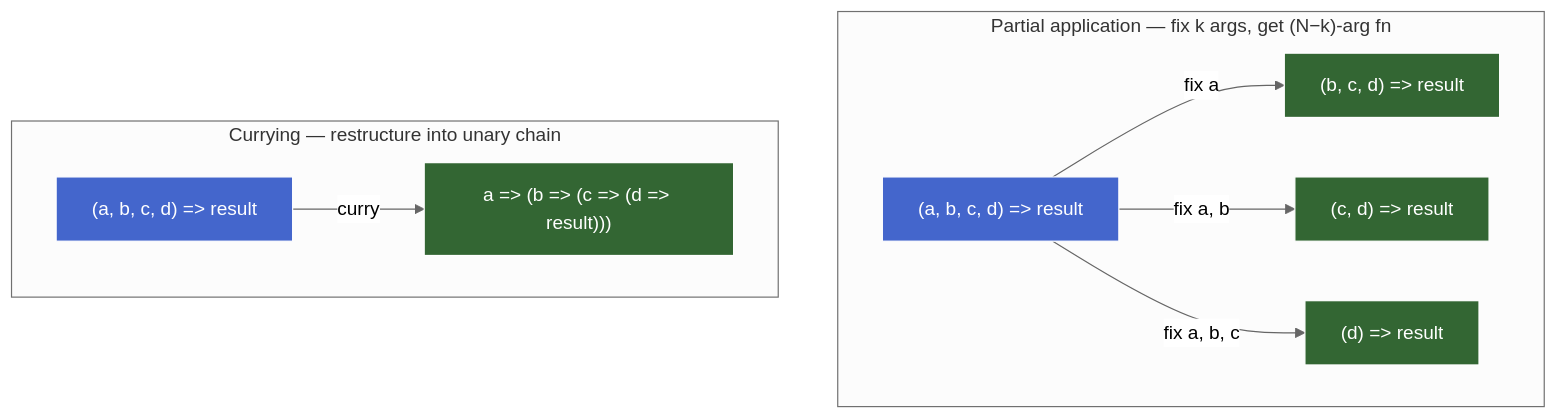
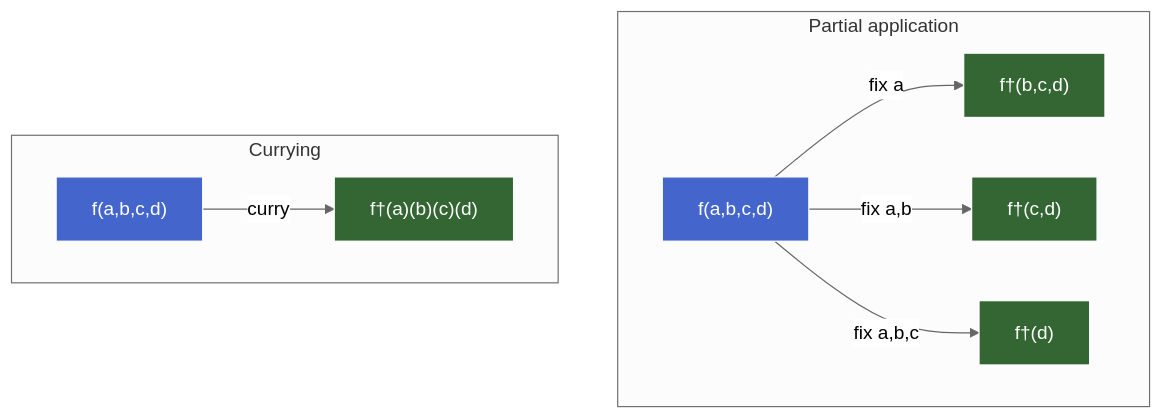
Before and after one commit to kltduong/study-notes: the second of 2 diagrams in courses/js-hof-functional/currying-partial-draft.md, drawn with Mermaid (neutral theme). The commit also changed other lines of this file and 3 other files, not shown here.

Commit message:
curry-partial

````diff
--- a/courses/js-hof-functional/currying-partial-draft.md
+++ b/courses/js-hof-functional/currying-partial-draft.md
@@ -423,18 +423,18 @@
 ```mermaid
 graph TD
-  subgraph PARTIAL["Partial application — fix k args, get (N−k)-arg fn"]
-    F["(a, b, c, d) => result"] -->|"fix a"| FA["(b, c, d) => result"]
-    F -->|"fix a, b"| FAB["(c, d) => result"]
-    F -->|"fix a, b, c"| FABC["(d) => result"]
+  subgraph PARTIAL["Partial application"]
+    F["f(a,b,c,d)"] -->|"fix a"| FA["f†(b,c,d)"]
+    F -->|"fix a,b"| FAB["f†(c,d)"]
+    F -->|"fix a,b,c"| FABC["f†(d)"]
   end
-  subgraph CURRY["Currying — restructure into unary chain"]
-    FC["(a, b, c, d) => result"] -->|"curry"| FC1["a => (b => (c => (d => result)))"]
+  subgraph CURRY["Currying"]
+    FC["f(a,b,c,d)"] -->|"curry"| FC1["f†(a)(b)(c)(d)"]
   end
 
   style F fill:#46c,stroke:#fff,color:#fff
   style FA fill:#363,stroke:#fff,color:#fff
   style FAB fill:#363,stroke:#fff,color:#fff
   style FABC fill:#363,stroke:#fff,color:#fff
   style FC fill:#46c,stroke:#fff,color:#fff
   style FC1 fill:#363,stroke:#fff,color:#fff
 ```
````
